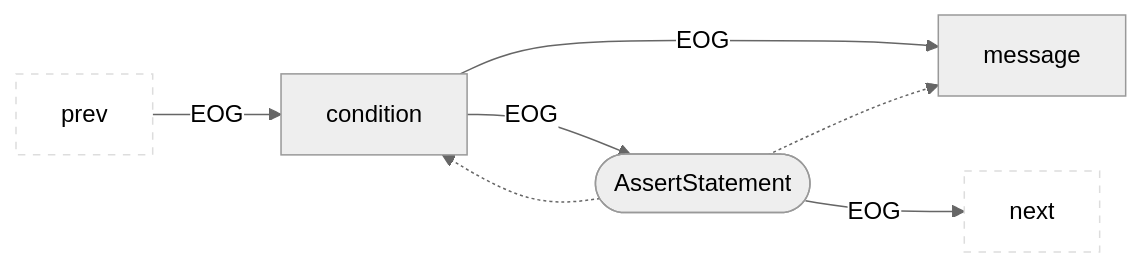
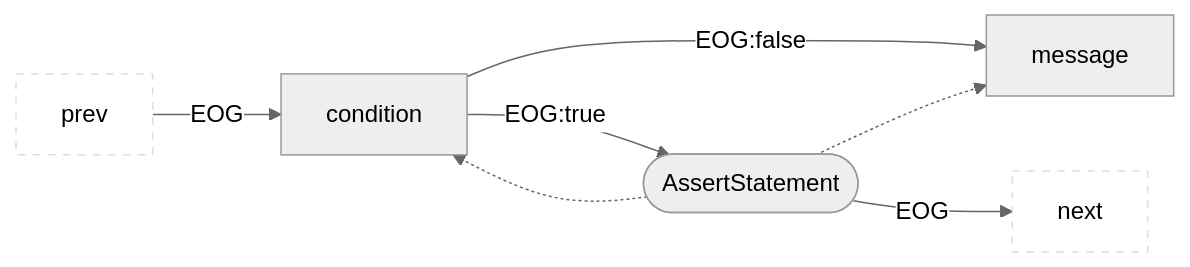
One commit to Fraunhofer-AISEC/cpg changed diagram 16 of 36 in cpg-core/specifications/eog.md. Above: the diagram before and after it, drawn with Mermaid (neutral theme). The commit also changed other lines of this file, not shown here.

````diff
--- a/cpg-core/specifications/eog.md
+++ b/cpg-core/specifications/eog.md
@@ -240,11 +276,11 @@
 ```mermaid
 flowchart LR
   classDef outer fill:#fff,stroke:#ddd,stroke-dasharray:5 5;
   prev:::outer --EOG--> child1["condition"]
-  child1 --EOG-->child2["message"]
-  child1 --EOG-->parent
+  child1 --"EOG:false"-->child2["message"]
+  child1 --"EOG:true"-->parent
   parent([AssertStatement]) --EOG--> next:::outer
   parent -.-> child1
   parent -.-> child2
 
 ```
````
